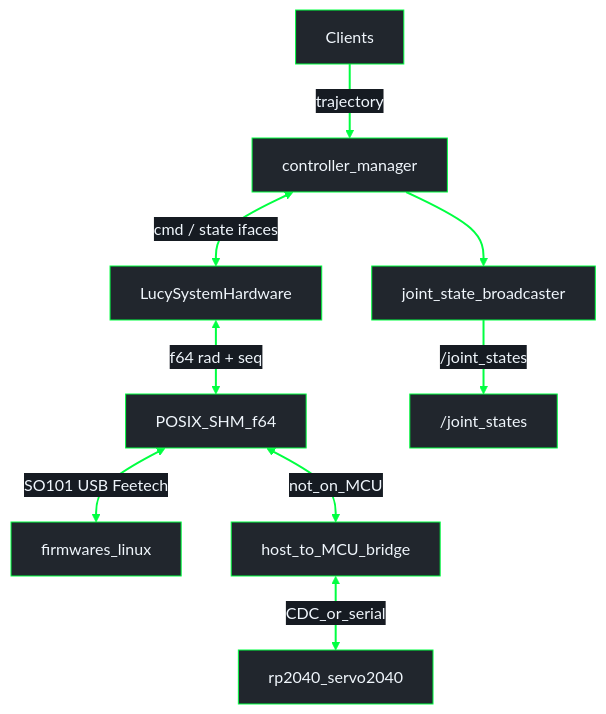
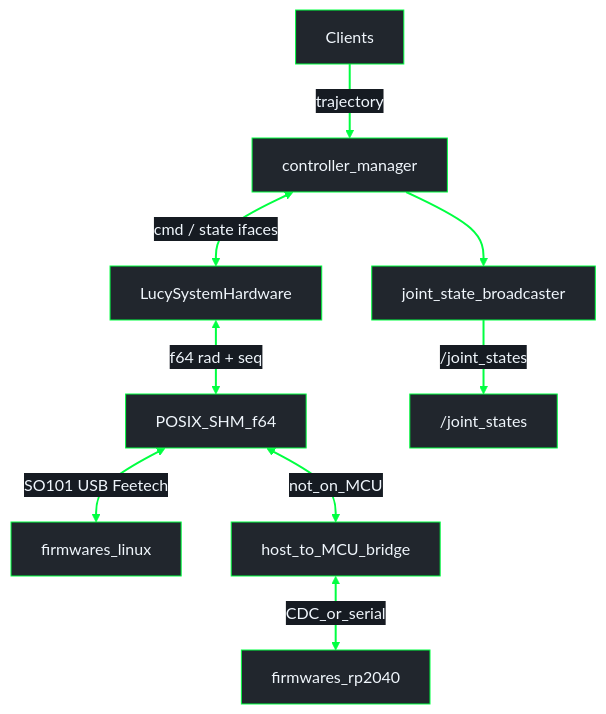
The diagram in docs/ROS2_CONTROL.md (Lucy-Robotics/lucy_ros_packages), drawn with Mermaid before and after one commit. The commit also changed other lines of this file and 1 other file, not shown here.

First line of the commit message:
docs: Servo2040 plug path and per-board mcu_bridge

````diff
--- a/docs/ROS2_CONTROL.md
+++ b/docs/ROS2_CONTROL.md
@@ -39,22 +39,22 @@
 ```mermaid
 %%{init: {"theme": "base", "themeVariables": {"darkMode": true, "background": "#0d1117", "mainBkg": "#21262d", "primaryColor": "#21262d", "primaryTextColor": "#f0f6fc", "primaryBorderColor": "#00FF41", "secondaryColor": "#161b22", "secondaryTextColor": "#f0f6fc", "secondaryBorderColor": "#00FF41", "tertiaryColor": "#161b22", "tertiaryTextColor": "#f0f6fc", "tertiaryBorderColor": "#00FF41", "lineColor": "#00FF41", "textColor": "#f0f6fc", "nodeTextColor": "#f0f6fc", "edgeLabelBackground": "#161b22", "clusterBkg": "#0d1117", "clusterBorder": "#00FF41", "titleColor": "#f0f6fc"}}}%%
 flowchart TB
   Clients["Clients"]
   CM["controller_manager"]
   HI["LucySystemHardware"]
   SHM["POSIX_SHM_f64"]
   LinuxFW["firmwares_linux"]
   Bridge["host_to_MCU_bridge"]
-  FW["rp2040_servo2040"]
+  FW["firmwares_rp2040"]
   JS["joint_state_broadcaster"]
 
   Clients -->|"trajectory"| CM
   CM <-->|"cmd / state ifaces"| HI
   CM --> JS
   JS -->|"/joint_states"| Topic["/joint_states"]
   HI <-->|"f64 rad + seq"| SHM
   SHM <-->|"SO101 USB Feetech"| LinuxFW
   SHM <-->|"not_on_MCU"| Bridge
   Bridge <-->|"CDC_or_serial"| FW
   linkStyle default stroke:#00FF41,stroke-width:2px
 ```
````
